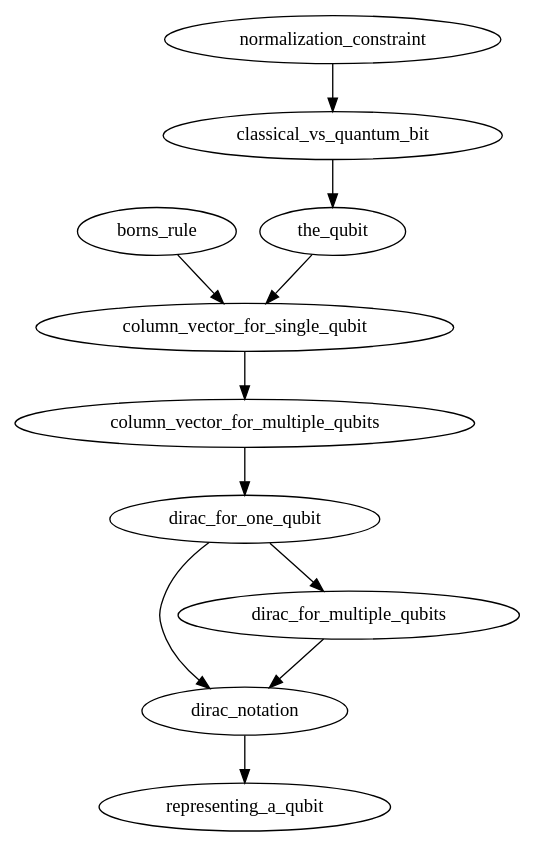
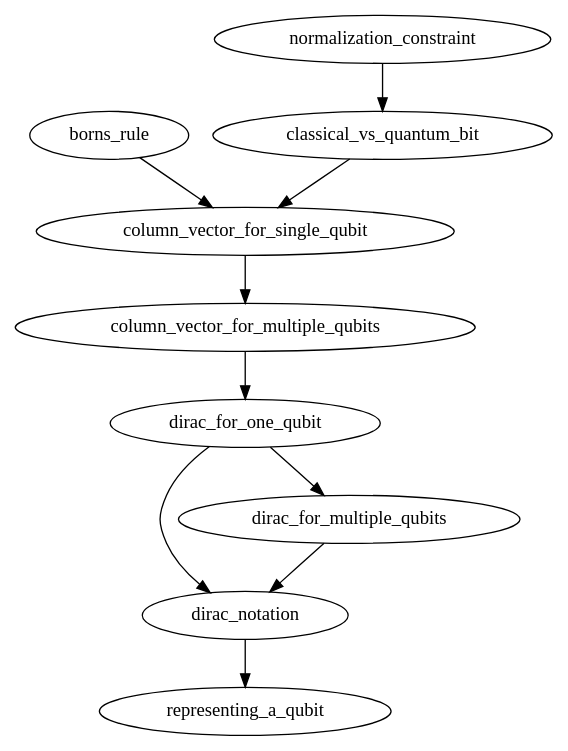
One commit to NoleStites/STEM-REx changed the diagram in AI_DOT_Files/graph.gv. Above: the diagram before and after it, drawn with Graphviz. The commit also changed 1 other file, not shown here.

Commit message:
new diagram

```diff
--- a/AI_DOT_Files/graph.gv
+++ b/AI_DOT_Files/graph.gv
@@ -1,18 +1,17 @@
 /*
 To compile into a png:
 dot -Tpng graph.gv -o graph.png
 */
 
 
 digraph 
 {
 	"dirac_notation" -> "representing_a_qubit";
 	"dirac_for_multiple_qubits" -> "dirac_notation";
 	"dirac_for_one_qubit" -> {"dirac_for_multiple_qubits" "dirac_notation"};
 	"column_vector_for_multiple_qubits" -> "dirac_for_one_qubit";
 	"column_vector_for_single_qubit" -> "column_vector_for_multiple_qubits";
 	"borns_rule" -> "column_vector_for_single_qubit";
 	"normalization_constraint" -> "classical_vs_quantum_bit";
-	"the_qubit" -> "column_vector_for_single_qubit";
-	"classical_vs_quantum_bit" -> "the_qubit";
+	"classical_vs_quantum_bit" -> "column_vector_for_single_qubit";
 }
```
